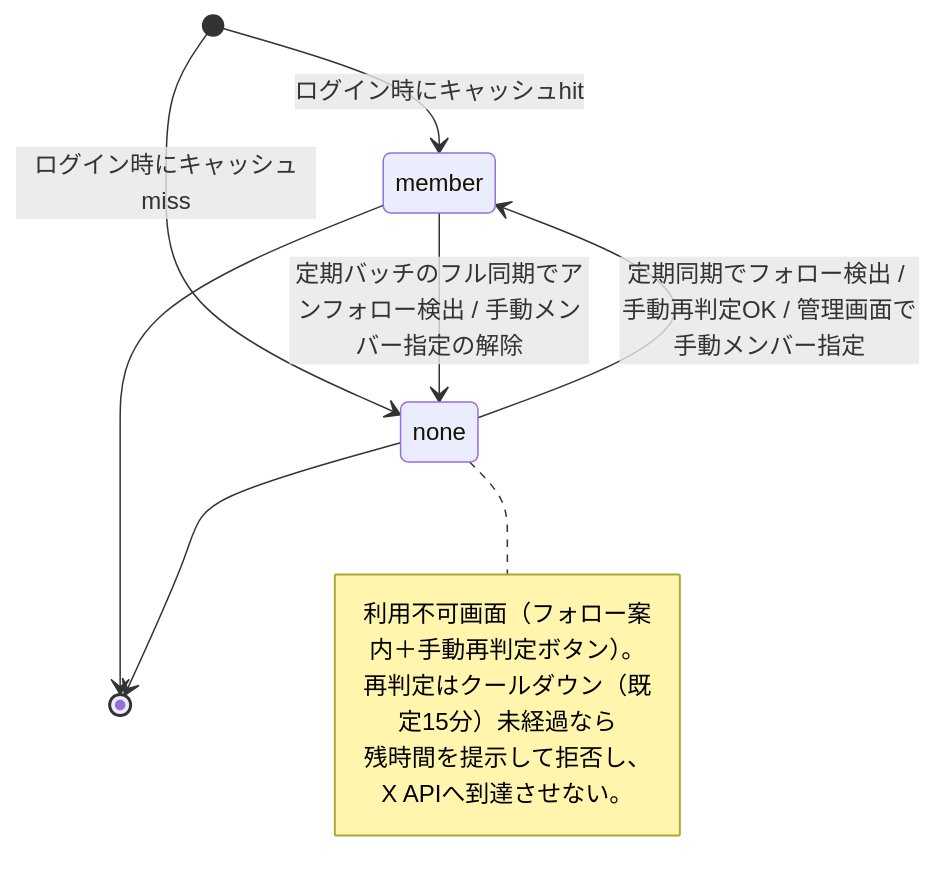
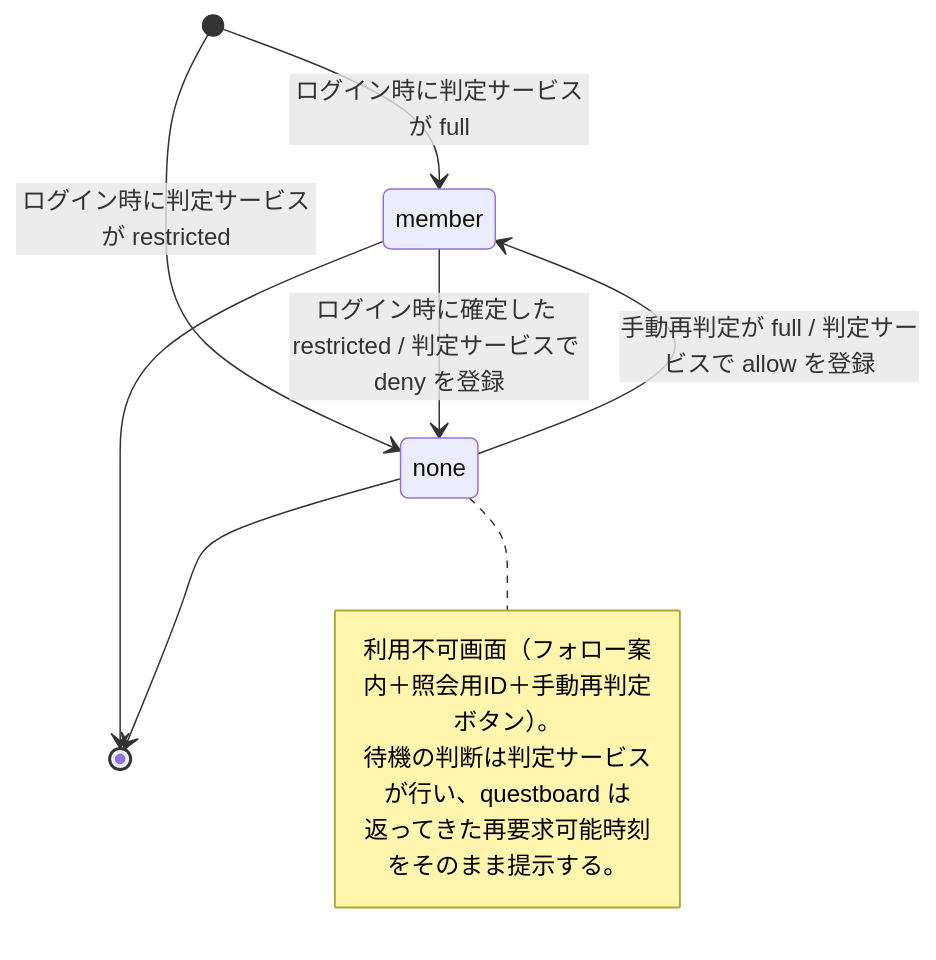
One commit to rictaworks/questboard changed diagram 11 of 12 in questboard_design_document.md. Above: the diagram before and after it, drawn with Mermaid. The commit also changed other lines of this file and 51 other files, not shown here.

````diff
--- a/questboard_design_document.md
+++ b/questboard_design_document.md
@@ -619,15 +609,15 @@
 ```mermaid
 stateDiagram-v2
-    [*] --> member : ログイン時にキャッシュhit
-    [*] --> none : ログイン時にキャッシュmiss
-    none --> member : 定期同期でフォロー検出 / 手動再判定OK / 管理画面で手動メンバー指定
-    member --> none : 定期バッチのフル同期でアンフォロー検出 / 手動メンバー指定の解除
+    [*] --> member : ログイン時に判定サービスが full
+    [*] --> none : ログイン時に判定サービスが restricted
+    none --> member : 手動再判定が full / 判定サービスで allow を登録
+    member --> none : ログイン時に確定した restricted / 判定サービスで deny を登録
     member --> [*]
     none --> [*]
 
     note right of none
-        利用不可画面（フォロー案内＋手動再判定ボタン）。
-        再判定はクールダウン（既定15分）未経過なら
-        残時間を提示して拒否し、X APIへ到達させない。
+        利用不可画面（フォロー案内＋照会用ID＋手動再判定ボタン）。
+        待機の判断は判定サービスが行い、questboard は
+        返ってきた再要求可能時刻をそのまま提示する。
     end note
 ```
````
